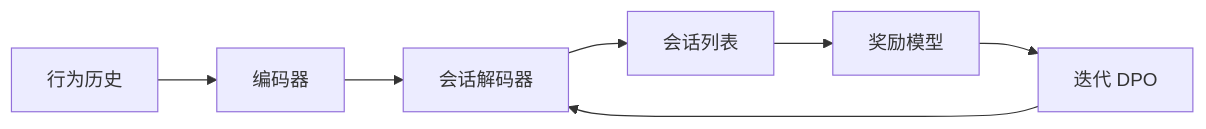
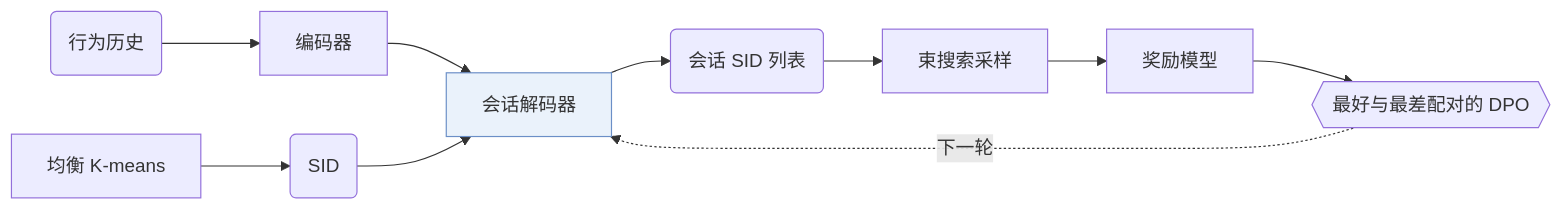
Before and after one commit to Galaxy-ghost/Awesome-SID-Generative-Rec: the diagram in notes/zh/onerec.md, drawn with Mermaid. The commit also changed 521 other files, not shown here.

Commit message:
writer-04 part 3: algorithm diagrams with shared shape conventions, README hero and paper cards, archive removed

````diff
--- a/notes/zh/onerec.md
+++ b/notes/zh/onerec.md
@@ -15,9 +15,12 @@
 ```mermaid
 flowchart LR
-    A[行为历史] --> B[编码器]
-    B --> C[会话解码器]
-    C --> D[会话列表]
-    D --> E[奖励模型]
-    E --> F[迭代 DPO]
-    F --> C
+    A("行为历史") --> B["编码器"]
+    B --> C["会话解码器"]:::key
+    C --> D("会话 SID 列表")
+    E["均衡 K-means"] --> F("SID") --> C
+    D --> G["束搜索采样"]
+    G --> H["奖励模型"]
+    H --> L{{"最好与最差配对的 DPO"}}
+    L -.->|下一轮| C
+    classDef key fill:#eaf2fb,stroke:#6b8fc7
 ```
````
